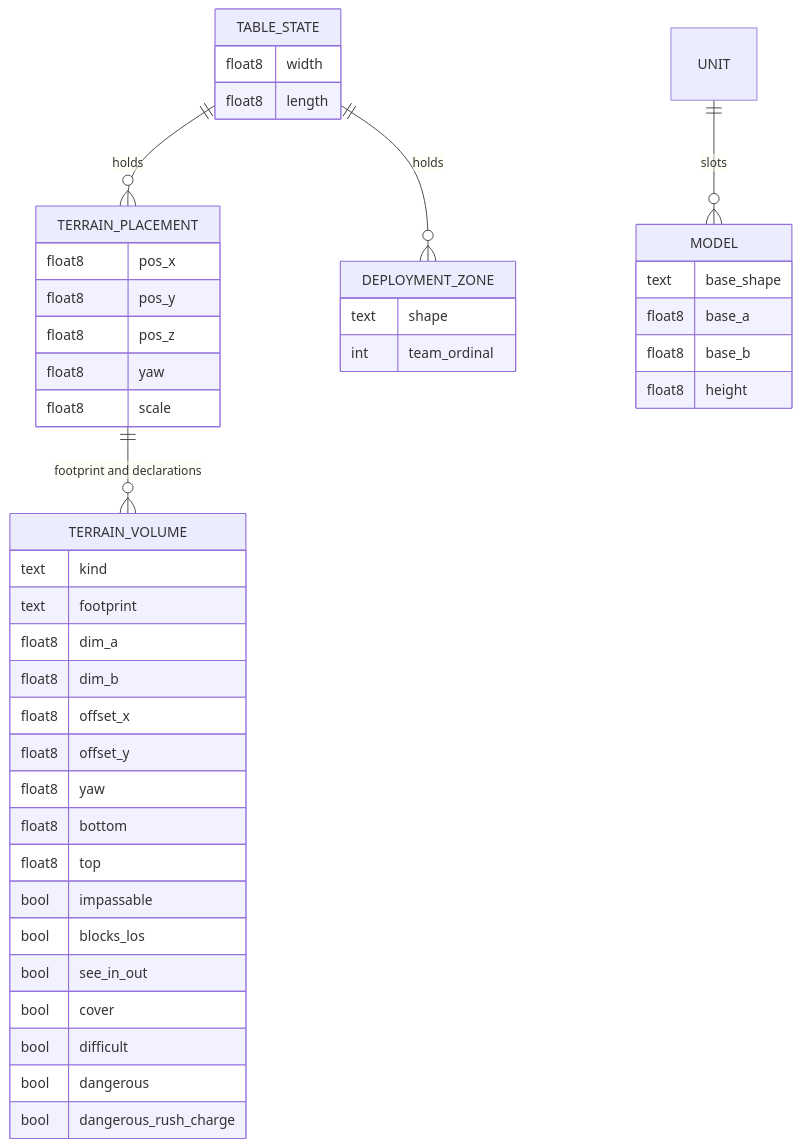
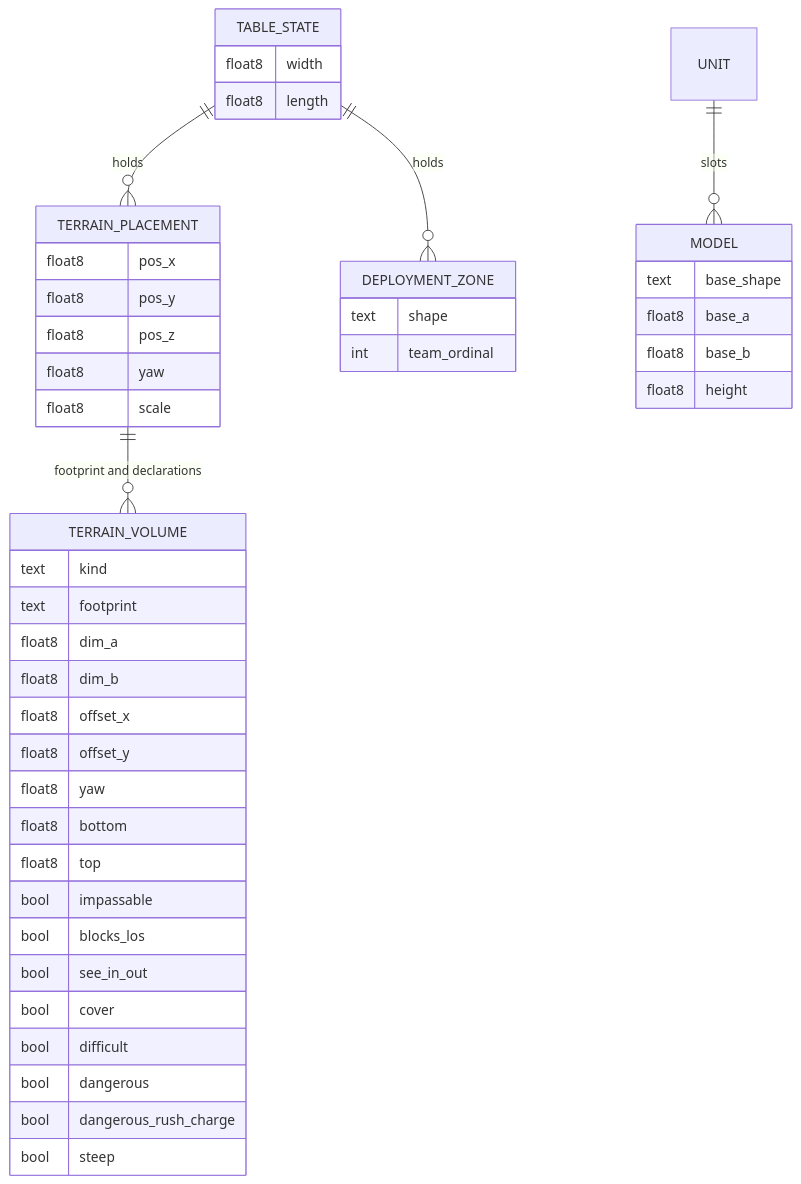
Diagram 11 of 11 in docs/design/geometry/design.md (cstupi/tabletop), drawn with Mermaid before and after one commit. The commit also changed 5 other files, not shown here.

````diff
--- a/docs/design/geometry/design.md
+++ b/docs/design/geometry/design.md
@@ -1022,46 +1022,47 @@
 ```mermaid
 erDiagram
     TABLE_STATE ||--o{ TERRAIN_PLACEMENT : holds
     TABLE_STATE ||--o{ DEPLOYMENT_ZONE : holds
     TERRAIN_PLACEMENT ||--o{ TERRAIN_VOLUME : "footprint and declarations"
     UNIT ||--o{ MODEL : slots
     TABLE_STATE {
         float8 width
         float8 length
     }
     TERRAIN_PLACEMENT {
         float8 pos_x
         float8 pos_y
         float8 pos_z
         float8 yaw
         float8 scale
     }
     TERRAIN_VOLUME {
         text kind
         text footprint
         float8 dim_a
         float8 dim_b
         float8 offset_x
         float8 offset_y
         float8 yaw
         float8 bottom
         float8 top
         bool impassable
         bool blocks_los
         bool see_in_out
         bool cover
         bool difficult
         bool dangerous
         bool dangerous_rush_charge
+        bool steep
     }
     DEPLOYMENT_ZONE {
         text shape
         int team_ordinal
     }
     MODEL {
         text base_shape
         float8 base_a
         float8 base_b
         float8 height
     }
 ```
````
